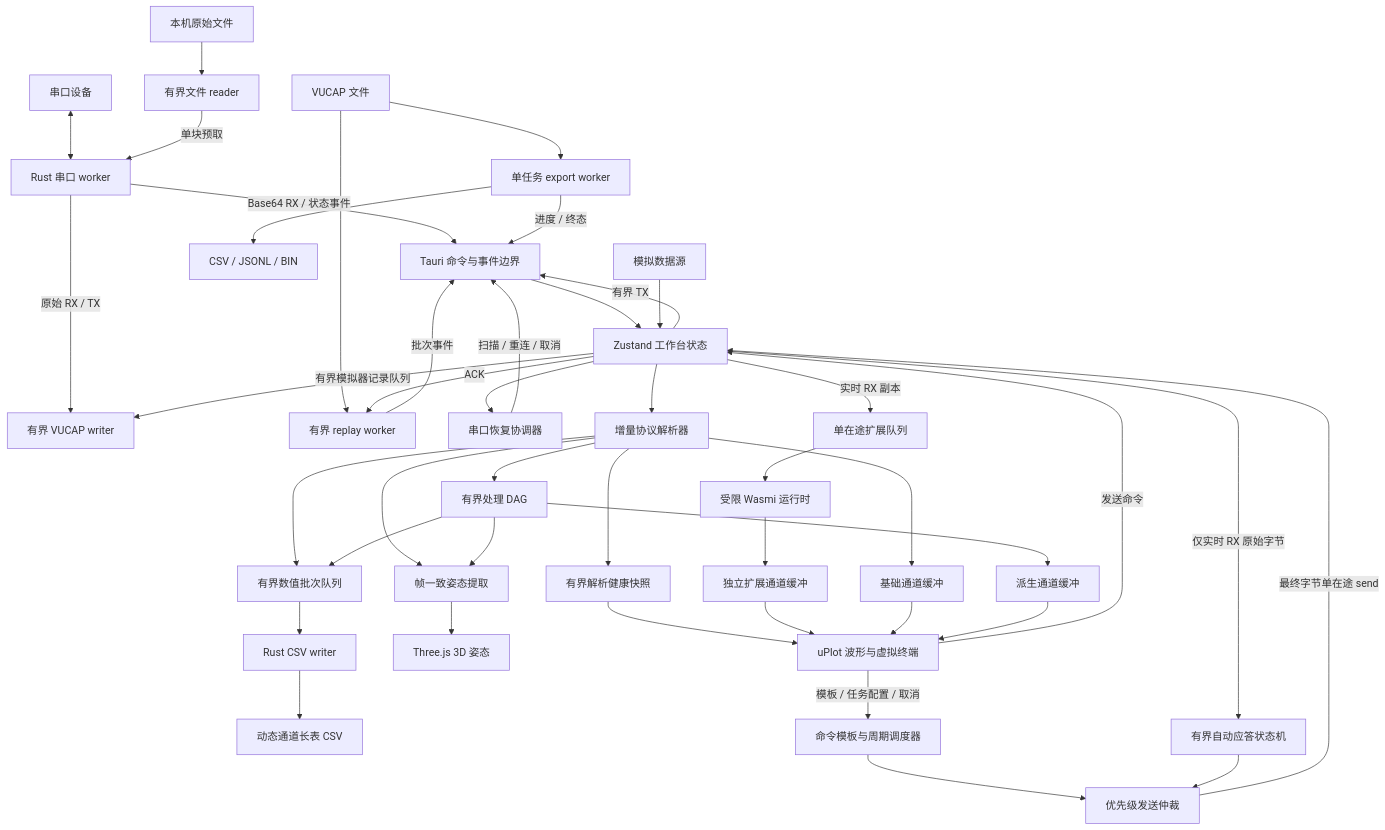
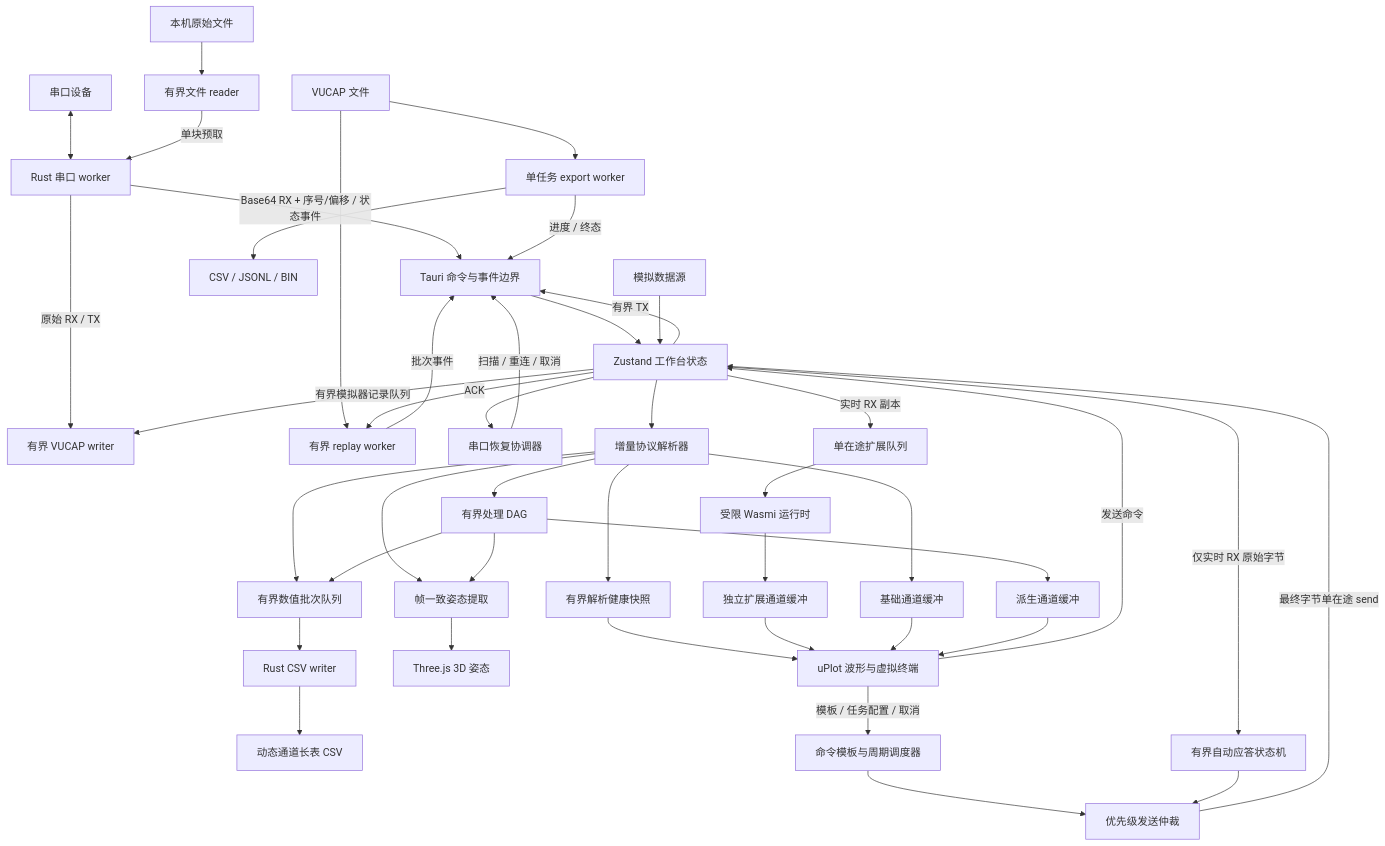
Before and after one commit to woai66/Vofa-Ultra: the first of 2 diagrams in docs/architecture.md, drawn with Mermaid. The commit also changed other lines of this file and 17 other files, not shown here.

````diff
--- a/docs/architecture.md
+++ b/docs/architecture.md
@@ -10,45 +10,45 @@
 ```mermaid
 flowchart TB
     Device[串口设备] <--> Worker[Rust 串口 worker]
     FileSource[本机原始文件] --> FileReader[有界文件 reader]
     FileReader -->|单块预取| Worker
-    Worker -->|Base64 RX / 状态事件| Bridge[Tauri 命令与事件边界]
+    Worker -->|Base64 RX + 序号/偏移 / 状态事件| Bridge[Tauri 命令与事件边界]
     Worker -->|原始 RX / TX| Recorder[有界 VUCAP writer]
     CaptureFile[VUCAP 文件] --> Replayer[有界 replay worker]
     CaptureFile --> Exporter[单任务 export worker]
     Exporter --> ExportFile[CSV / JSONL / BIN]
     Exporter -->|进度 / 终态| Bridge
     Replayer -->|批次事件| Bridge
     Store -->|ACK| Replayer
     Bridge --> Store[Zustand 工作台状态]
     Store --> Recovery[串口恢复协调器]
     Recovery -->|扫描 / 重连 / 取消| Bridge
     Store --> Parsers[增量协议解析器]
     Parsers --> Health[有界解析健康快照]
     Health --> Views
     Parsers --> RawBuffers[基础通道缓冲]
     Parsers --> Processing[有界处理 DAG]
     Processing --> DerivedBuffers[派生通道缓冲]
     Store -->|实时 RX 副本| ExtensionQueue[单在途扩展队列]
     ExtensionQueue --> Wasmi[受限 Wasmi 运行时]
     Wasmi --> ExtensionBuffers[独立扩展通道缓冲]
     ExtensionBuffers --> Views
     Parsers --> Attitude[帧一致姿态提取]
     Processing --> Attitude
     Attitude --> AttitudeView[Three.js 3D 姿态]
     Parsers --> NumericQueue[有界数值批次队列]
     Processing --> NumericQueue
     NumericQueue --> NumericWriter[Rust CSV writer]
     NumericWriter --> NumericFile[动态通道长表 CSV]
     RawBuffers --> Views[uPlot 波形与虚拟终端]
     DerivedBuffers --> Views
     Views -->|模板 / 任务配置 / 取消| Commands[命令模板与周期调度器]
     Store -->|仅实时 RX 原始字节| AutoResponder[有界自动应答状态机]
     Commands --> Arbiter[优先级发送仲裁]
     AutoResponder --> Arbiter
     Arbiter -->|最终字节单在途 send| Store
     Simulator[模拟数据源] --> Store
     Store -->|有界模拟器记录队列| Recorder
     Views -->|发送命令| Store
     Store -->|有界 TX| Bridge
 ```
````
